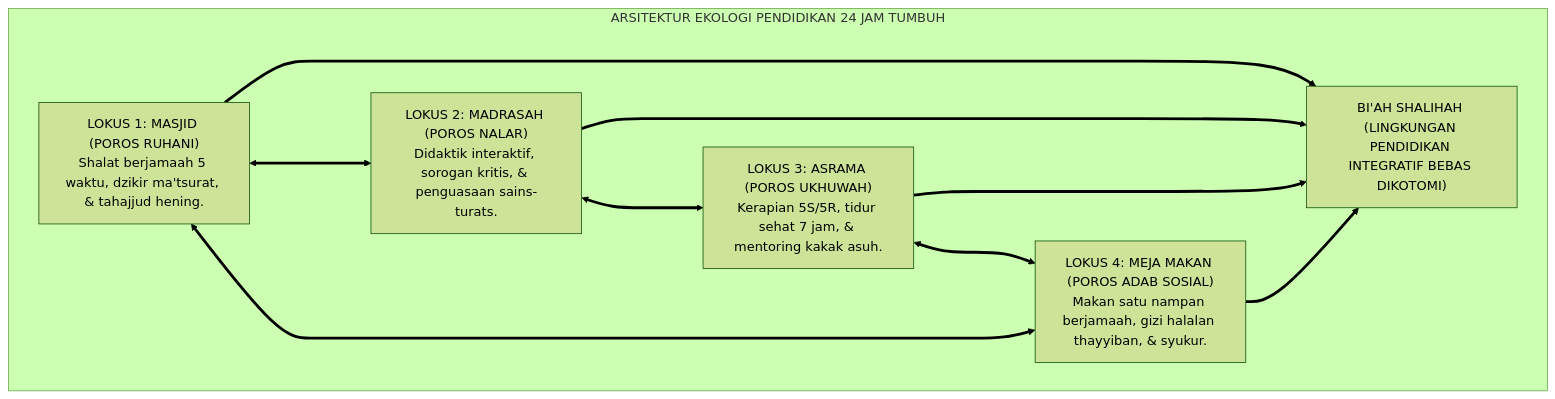
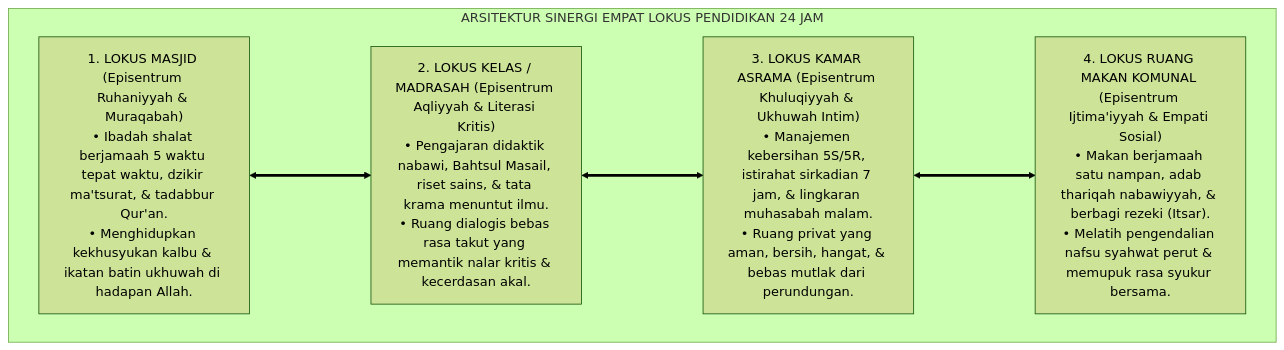
One commit to wandiapriliyandi/tumbuh changed the second of 4 diagrams in 01 Philosophy/04 Education/P1-04-06-Desain-Ekologi-Pendidikan-Biah-Shalihah-24-Jam.md. Above: the diagram before and after it, drawn with Mermaid (forest theme). The commit also changed other lines of this file and 7 other files, not shown here.

````diff
--- a/01 Philosophy/04 Education/P1-04-06-Desain-Ekologi-Pendidikan-Biah-Shalihah-24-Jam.md
+++ b/01 Philosophy/04 Education/P1-04-06-Desain-Ekologi-Pendidikan-Biah-Shalihah-24-Jam.md
@@ -59,20 +117,15 @@
 ```mermaid
 flowchart TD
-    subgraph KonvergensiEkologiPendidikan24Jam["ARSITEKTUR EKOLOGI PENDIDIKAN 24 JAM TUMBUH"]
-        Masjid["LOKUS 1: MASJID (POROS RUHANI)<br/>Shalat berjamaah 5 waktu, dzikir ma'tsurat, & tahajjud hening."]
+    subgraph ArsitekturEkologi24JamTUMBUH["ARSITEKTUR SINERGI EMPAT LOKUS PENDIDIKAN 24 JAM"]
         
-        Madrasah["LOKUS 2: MADRASAH (POROS NALAR)<br/>Didaktik interaktif, sorogan kritis, & penguasaan sains-turats."]
+        L1["1. LOKUS MASJID (Episentrum Ruhaniyyah & Muraqabah)<br/>• Ibadah shalat berjamaah 5 waktu tepat waktu, dzikir ma'tsurat, & tadabbur Qur'an.<br/>• Menghidupkan kekhusyukan kalbu & ikatan batin ukhuwah di hadapan Allah."]
         
-        Asrama["LOKUS 3: ASRAMA (POROS UKHUWAH)<br/>Kerapian 5S/5R, tidur sehat 7 jam, & mentoring kakak asuh."]
+        L2["2. LOKUS KELAS / MADRASAH (Episentrum Aqliyyah & Literasi Kritis)<br/>• Pengajaran didaktik nabawi, Bahtsul Masail, riset sains, & tata krama menuntut ilmu.<br/>• Ruang dialogis bebas rasa takut yang memantik nalar kritis & kecerdasan akal."]
         
-        Makan["LOKUS 4: MEJA MAKAN (POROS ADAB SOSIAL)<br/>Makan satu nampan berjamaah, gizi halalan thayyiban, & syukur."]
+        L3["3. LOKUS KAMAR ASRAMA (Episentrum Khuluqiyyah & Ukhuwah Intim)<br/>• Manajemen kebersihan 5S/5R, istirahat sirkadian 7 jam, & lingkaran muhasabah malam.<br/>• Ruang privat yang aman, bersih, hangat, & bebas mutlak dari perundungan."]
         
-        Masjid <===> Madrasah
-        Madrasah <===> Asrama
-        Asrama <===> Makan
-        Makan <===> Masjid
+        L4["4. LOKUS RUANG MAKAN KOMUNAL (Episentrum Ijtima'iyyah & Empati Sosial)<br/>• Makan berjamaah satu nampan, adab thariqah nabawiyyah, & berbagi rezeki (Itsar).<br/>• Melatih pengendalian nafsu syahwat perut & memupuk rasa syukur bersama."]
         
-        Harmoni["BI'AH SHALIHAH (LINGKUNGAN PENDIDIKAN INTEGRATIF BEBAS DIKOTOMI)"]
-        Masjid & Madrasah & Asrama & Makan ==> Harmoni
+        L1 <===> L2 <===> L3 <===> L4
     end
 ```
````
